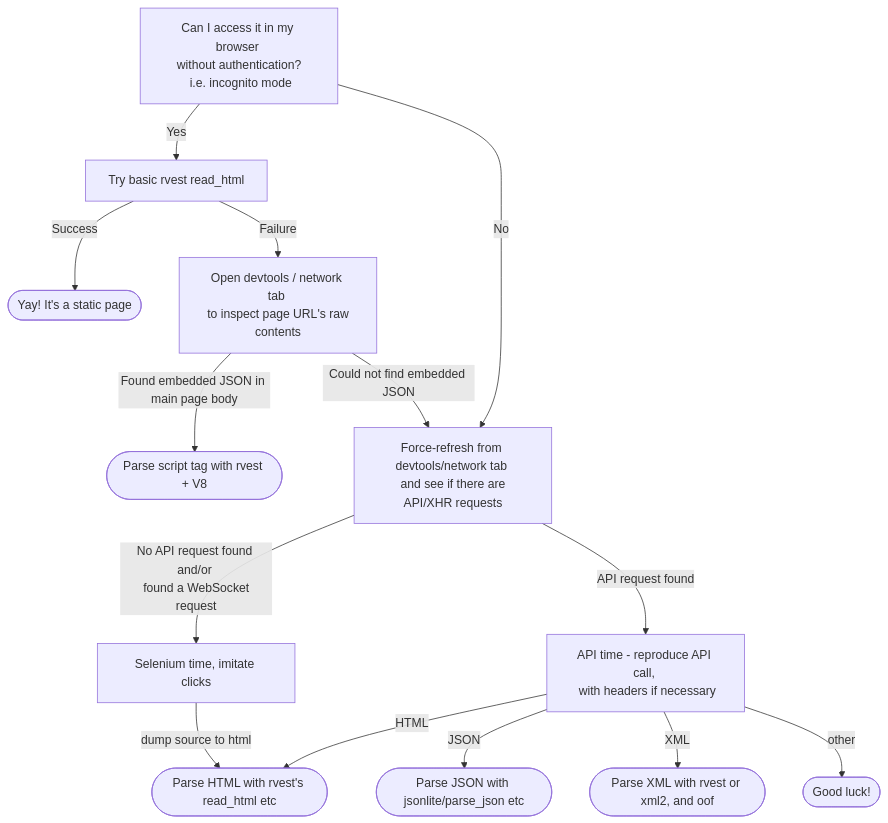
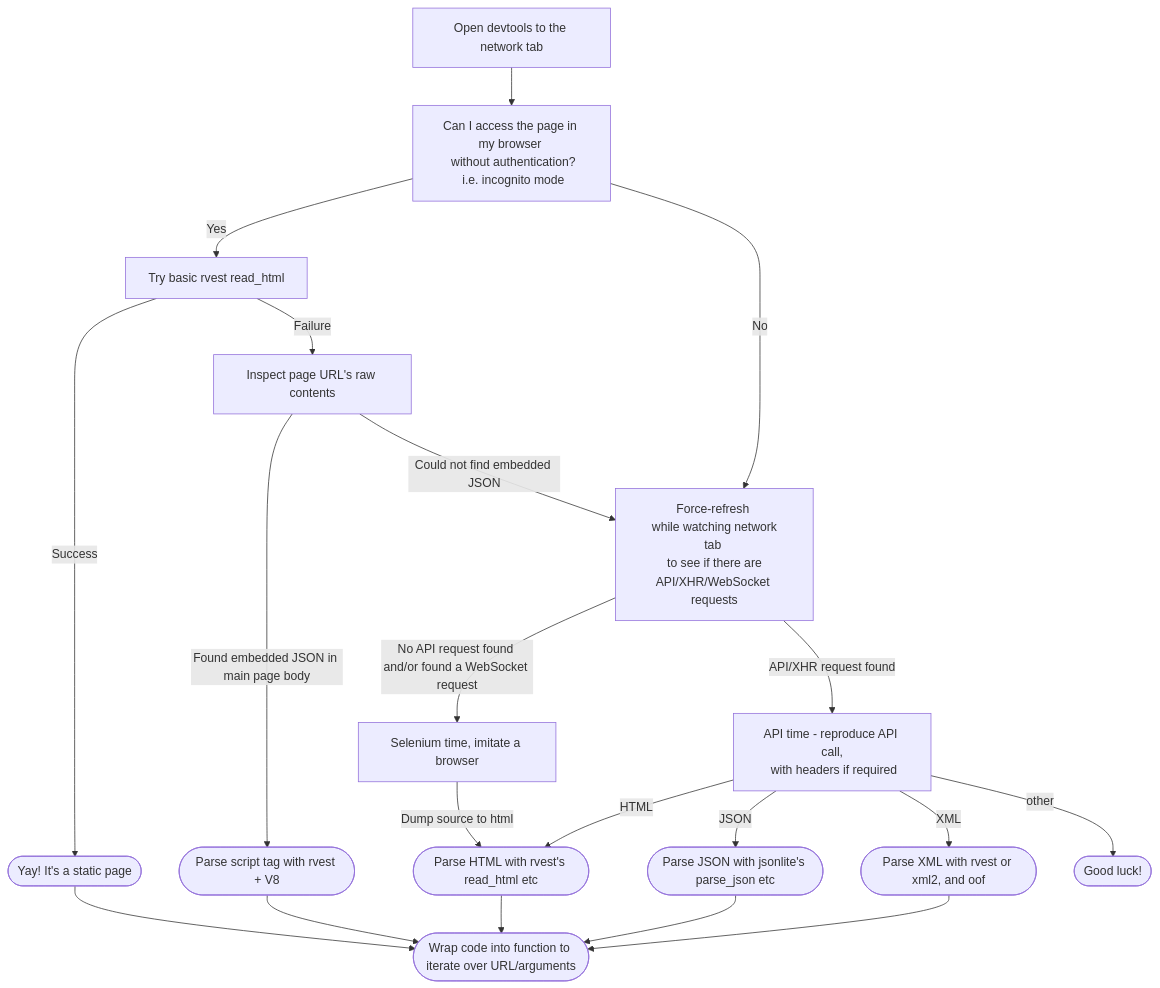
The diagram in 20210719-scraping/scraping.md (tanho63/tantorials), drawn with Mermaid before and after one commit.

````diff
--- a/20210719-scraping/scraping.md
+++ b/20210719-scraping/scraping.md
@@ -5,30 +5,42 @@
 ```mermaid
 flowchart TD
 
-A[Can I access it in my browser \n without authentication? \n i.e. incognito mode]
+1[Open devtools to the network tab]
+
+1-->A
+
+A[Can I access the page in my browser \n without authentication?\n i.e. incognito mode]
 
 A-->|Yes| B[Try basic rvest read_html]
 
 B-->|Success| C([Yay! It's a static page])
 
-B-->|Failure| D[Open devtools / network tab \n to inspect page URL's raw contents]
+B-->|Failure| D[Inspect page URL's raw contents]
 
 D-->|Found embedded JSON in main page body| E([Parse script tag with rvest + V8])
 
-D-->|Could not find embedded JSON| F[Force-refresh from devtools/network tab \n and see if there are API/XHR requests]
+D-->|Could not find embedded JSON| F[Force-refresh \n while watching network tab \n to see if there are API/XHR/WebSocket requests]
 
-F-->|API request found| G[API time - reproduce API call, \n with headers if necessary]
+F-->|API/XHR request found| G[API time - reproduce API call,\n with headers if required]
 
-F-->|No API request found and/or \n found a WebSocket request| H[Selenium time, imitate clicks]
+F-->|No API request found and/or found a WebSocket request| H[Selenium time, imitate a browser]
 
-H-->|dump source to html| K
+H-->|Dump source to html| K
 
 G-->|HTML| K([Parse HTML with rvest's read_html etc])
 
-G-->|JSON| J([Parse JSON with jsonlite/parse_json etc])
+G-->|JSON| J([Parse JSON with jsonlite's parse_json etc])
 
 G-->|XML| L([Parse XML with rvest or xml2, and oof])
 
+A-->|No| F
+
+N([Wrap code into function to iterate over URL/arguments])
+
+C --> N
+E --> N
+K--> N
+J --> N
+L --> N
 G-->|other| M([Good luck!])
-A-->|No| F
 ```
````
